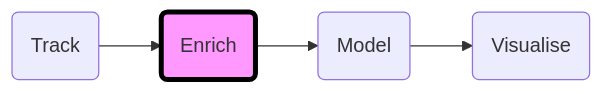
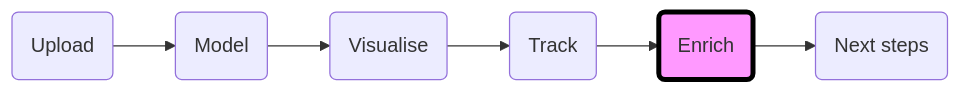
One commit to snowplow/advanced-analytics-web-accelerator changed the diagram in content/enrich/_index.md. Above: the diagram before and after it, drawn with Mermaid. The commit also changed other lines of this file and 18 other files, not shown here.

```diff
--- a/content/enrich/_index.md
+++ b/content/enrich/_index.md
@@ -12,5 +12,5 @@
 {{<mermaid>}}
 flowchart LR
-    id1(Track)-->id2(Enrich)-->id3(Model)-->id4(Visualise)
-    style id2 fill:#f9f,stroke:#000,stroke-width:4px
+    id1(Upload)-->id2(Model)-->id3(Visualise)-->id4(Track)-->id5(Enrich)-->id6(Next steps)
+    style id5 fill:#f9f,stroke:#000,stroke-width:4px
 {{</mermaid >}}
```
